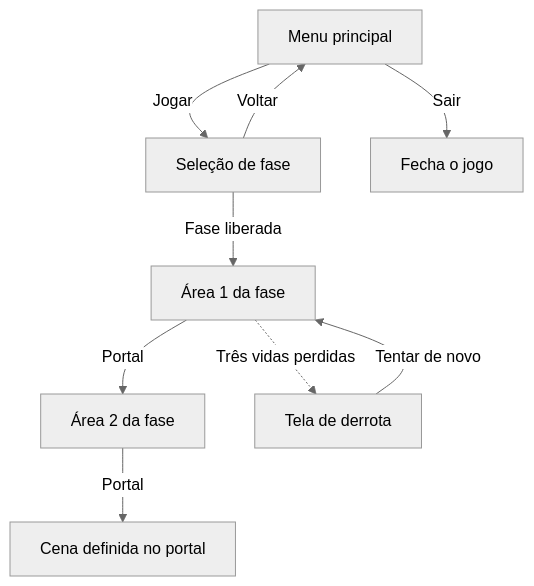
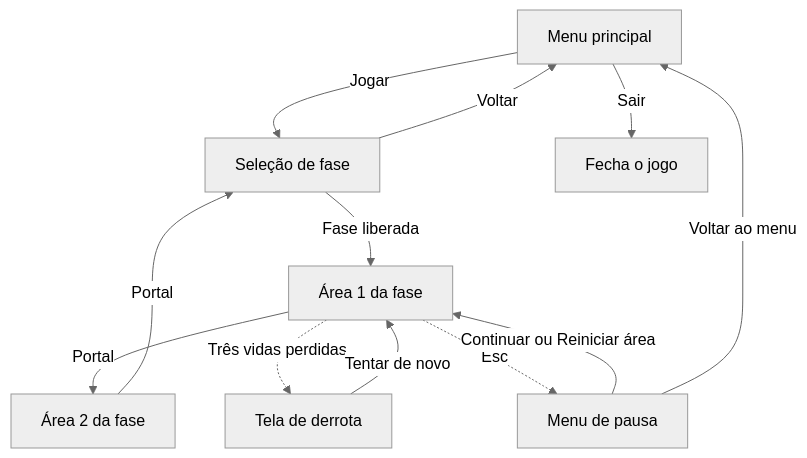
Before and after one commit to PedroBrassi/ascensao-ao-olimpo: the diagram in DOCUMENTACAO.md, drawn with Mermaid (neutral theme). The commit also changed other lines of this file, not shown here.

Commit message:
Atualiza a documentação com a pausa, o fim da fase e as pastas das fases

````diff
--- a/DOCUMENTACAO.md
+++ b/DOCUMENTACAO.md
@@ -63,11 +63,14 @@
 ```mermaid
 flowchart TD
     Menu[Menu principal] -->|Jogar| Selecao[Seleção de fase]
     Menu -->|Sair| Fim[Fecha o jogo]
     Selecao -->|Voltar| Menu
     Selecao -->|Fase liberada| A1[Área 1 da fase]
     A1 -->|Portal| A2[Área 2 da fase]
-    A2 -->|Portal| Prox[Cena definida no portal]
+    A2 -->|Portal| Selecao
     A1 -.->|Três vidas perdidas| Derrota[Tela de derrota]
     Derrota -->|Tentar de novo| A1
+    A1 -.->|Esc| Pausa[Menu de pausa]
+    Pausa -->|Continuar ou Reiniciar área| A1
+    Pausa -->|Voltar ao menu| Menu
 ```
````
